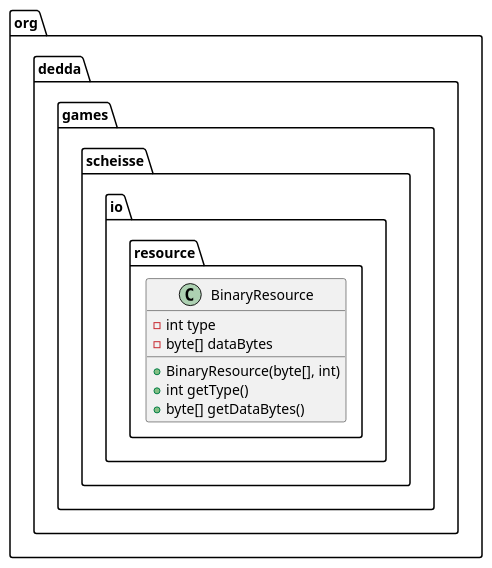
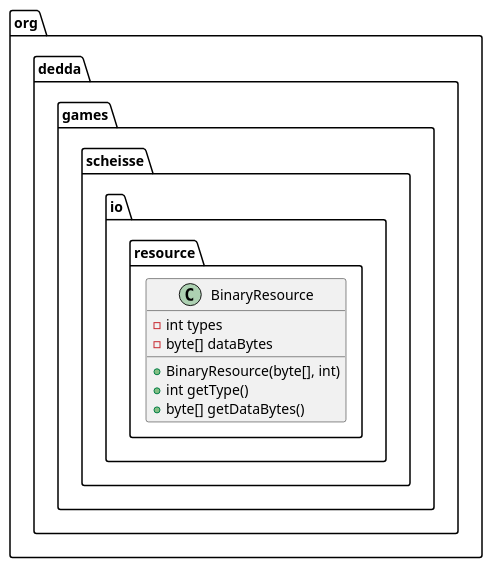
The diagram in game/uml/classes/org.dedda.games.scheisse.io.resource.BinaryResource.puml (gitter-badger/scheisse), drawn with PlantUML before and after one commit. The commit also changed 56 other files, not shown here.

```diff
--- a/game/uml/classes/org.dedda.games.scheisse.io.resource.BinaryResource.puml
+++ b/game/uml/classes/org.dedda.games.scheisse.io.resource.BinaryResource.puml
@@ -1,9 +1,9 @@
 @startuml
 class org.dedda.games.scheisse.io.resource.BinaryResource{
-    - int type
+    - int types
     - byte[] dataBytes
     + BinaryResource(byte[], int)
     + int getType()
     + byte[] getDataBytes()
 }
 @enduml
```
